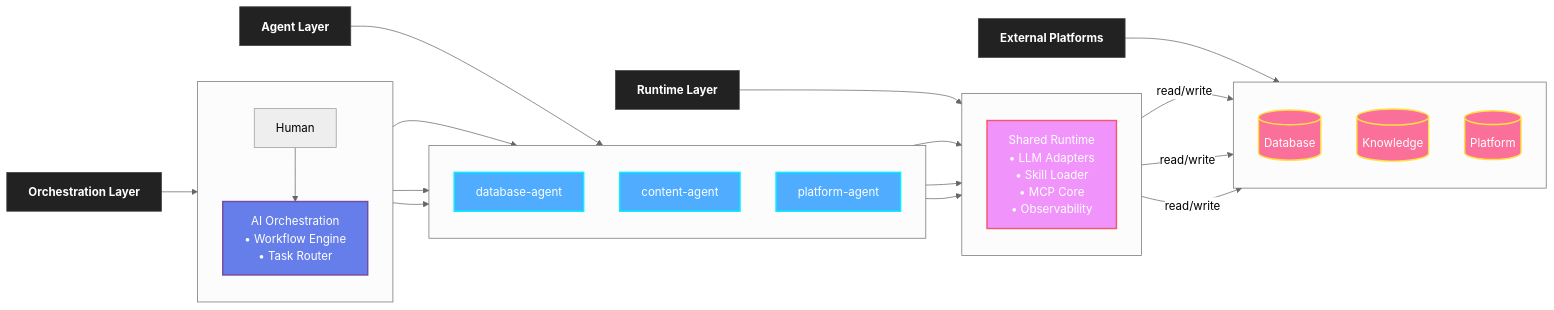
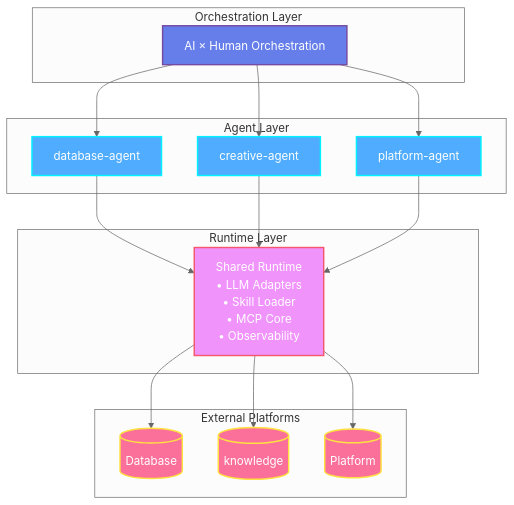
One commit to artificial-intelligence-first/aao-skeleton changed the first of 2 diagrams in README.md. Above: the diagram before and after it, drawn with Mermaid (neutral theme).

Commit message:
Refactor architecture diagram for clarity and updates

````diff
--- a/README.md
+++ b/README.md
@@ -26,71 +26,45 @@
 ```mermaid
-graph LR
+graph TB
 
-    %% ---------- Layer Labels (Left vertical stack) ----------
-    OrchestrationLabel[Orchestration Layer]
-    AgentLabel[Agent Layer]
-    RuntimeLabel[Runtime Layer]
-    PlatformLabel[External Platforms]
-
-    %% ---------- Orchestration Layer ----------
-    subgraph OrchestrationBox[ ]
-        direction TB
-        Human[Human]
-        Orchestration[AI Orchestration<br/>• Workflow Engine<br/>• Task Router]
+    subgraph "Orchestration Layer"
+        Orchestration[AI × Human Orchestration]
     end
 
-    %% ---------- Agent Layer ----------
-    subgraph AgentBox[ ]
-        direction TB
+    subgraph "Agent Layer"
         Agent1[database-agent]
-        Agent2[content-agent]
+        Agent2[creative-agent]
         Agent3[platform-agent]
     end
 
-    %% ---------- Runtime Layer ----------
-    subgraph RuntimeBox[ ]
-        direction TB
+    subgraph "Runtime Layer"
         Runtime[Shared Runtime<br/>• LLM Adapters<br/>• Skill Loader<br/>• MCP Core<br/>• Observability]
     end
 
-    %% ---------- Platforms Layer ----------
-    subgraph PlatformBox[ ]
-        direction TB
+    subgraph "External Platforms"
         Platform1[(Database)]
-        Platform2[(Knowledge)]
+        Platform2[(knowledge)]
         Platform3[(Platform)]
     end
 
-    %% ---------- Positioning (force ordering) ----------
-    OrchestrationLabel --> OrchestrationBox
-    AgentLabel --> AgentBox
-    RuntimeLabel --> RuntimeBox
-    PlatformLabel --> PlatformBox
-
-    %% ---------- Flows ----------
-    Human --> Orchestration
     Orchestration --> Agent1
     Orchestration --> Agent2
     Orchestration --> Agent3
 
     Agent1 --> Runtime
     Agent2 --> Runtime
     Agent3 --> Runtime
 
-    Runtime -->| read/write | Platform1
-    Runtime -->| read/write | Platform2
-    Runtime -->| read/write | Platform3
+    Runtime --> Platform1
+    Runtime --> Platform2
+    Runtime --> Platform3
 
-    %% ---------- Styles ----------
-    classDef labelStyle fill:#222,stroke:#444,color:#fff,font-weight:bold
     classDef orchestrationStyle fill:#667eea,stroke:#764ba2,stroke-width:2px,color:#fff
     classDef agentStyle fill:#4facfe,stroke:#00f2fe,stroke-width:2px,color:#fff
     classDef runtimeStyle fill:#f093fb,stroke:#f5576c,stroke-width:2px,color:#fff
     classDef platformStyle fill:#fa709a,stroke:#fee140,stroke-width:2px,color:#fff
 
-    class OrchestrationLabel,AgentLabel,RuntimeLabel,PlatformLabel labelStyle
     class Orchestration orchestrationStyle
     class Agent1,Agent2,Agent3 agentStyle
     class Runtime runtimeStyle
     class Platform1,Platform2,Platform3 platformStyle
 ```
````
